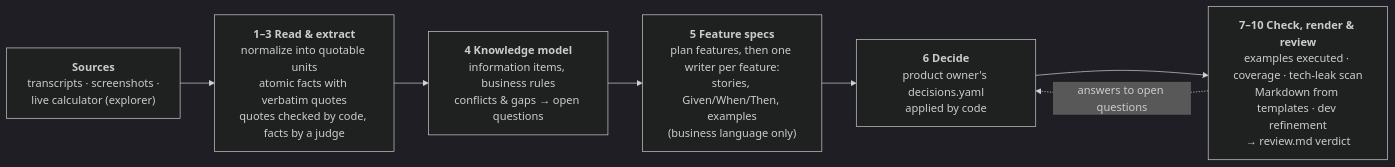
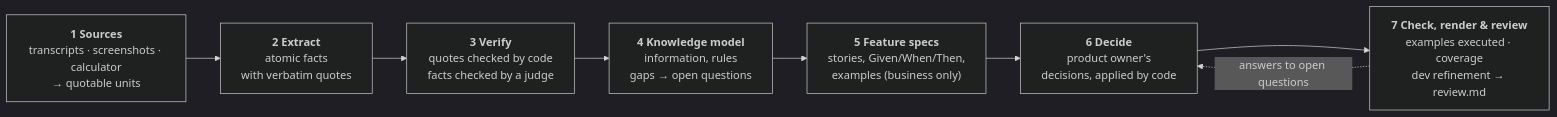
One commit to 972C8/Lonio-TakeHomeChallenge changed the diagram in Solution/README.md. Above: the diagram before and after it, drawn with Mermaid (dark theme). The commit also changed other lines of this file, not shown here.

Commit message:
README: seven-step diagram with what/why, in/out and checks per step

````diff
--- a/Solution/README.md
+++ b/Solution/README.md
@@ -10,11 +10,12 @@
 ```mermaid
 flowchart LR
-    S["<b>Sources</b><br/>transcripts · screenshots ·<br/>live calculator (explorer)"]
-    E["<b>1–3 Read & extract</b><br/>normalize into quotable units<br/>atomic facts with verbatim quotes<br/>quotes checked by code, facts by a judge"]
-    K["<b>4 Knowledge model</b><br/>information items, business rules<br/>conflicts & gaps → open questions"]
-    F["<b>5 Feature specs</b><br/>plan features, then one writer per feature:<br/>stories, Given/When/Then, examples<br/>(business language only)"]
-    D["<b>6 Decide</b><br/>product owner's decisions.yaml<br/>applied by code"]
-    C["<b>7–10 Check, render & review</b><br/>examples executed · coverage · tech-leak scan<br/>Markdown from templates · dev refinement<br/>→ review.md verdict"]
-    S --> E --> K --> F --> D --> C
-    C -. "answers to open questions" .-> D
+    S1["<b>1 Sources</b><br/>transcripts · screenshots · calculator<br/>→ quotable units"]
+    S2["<b>2 Extract</b><br/>atomic facts<br/>with verbatim quotes"]
+    S3["<b>3 Verify</b><br/>quotes checked by code<br/>facts checked by a judge"]
+    S4["<b>4 Knowledge model</b><br/>information, rules<br/>gaps → open questions"]
+    S5["<b>5 Feature specs</b><br/>stories, Given/When/Then,<br/>examples (business only)"]
+    S6["<b>6 Decide</b><br/>product owner's<br/>decisions, applied by code"]
+    S7["<b>7 Check, render & review</b><br/>examples executed · coverage<br/>dev refinement → review.md"]
+    S1 --> S2 --> S3 --> S4 --> S5 --> S6 --> S7
+    S7 -. "answers to open questions" .-> S6
 ```
````
